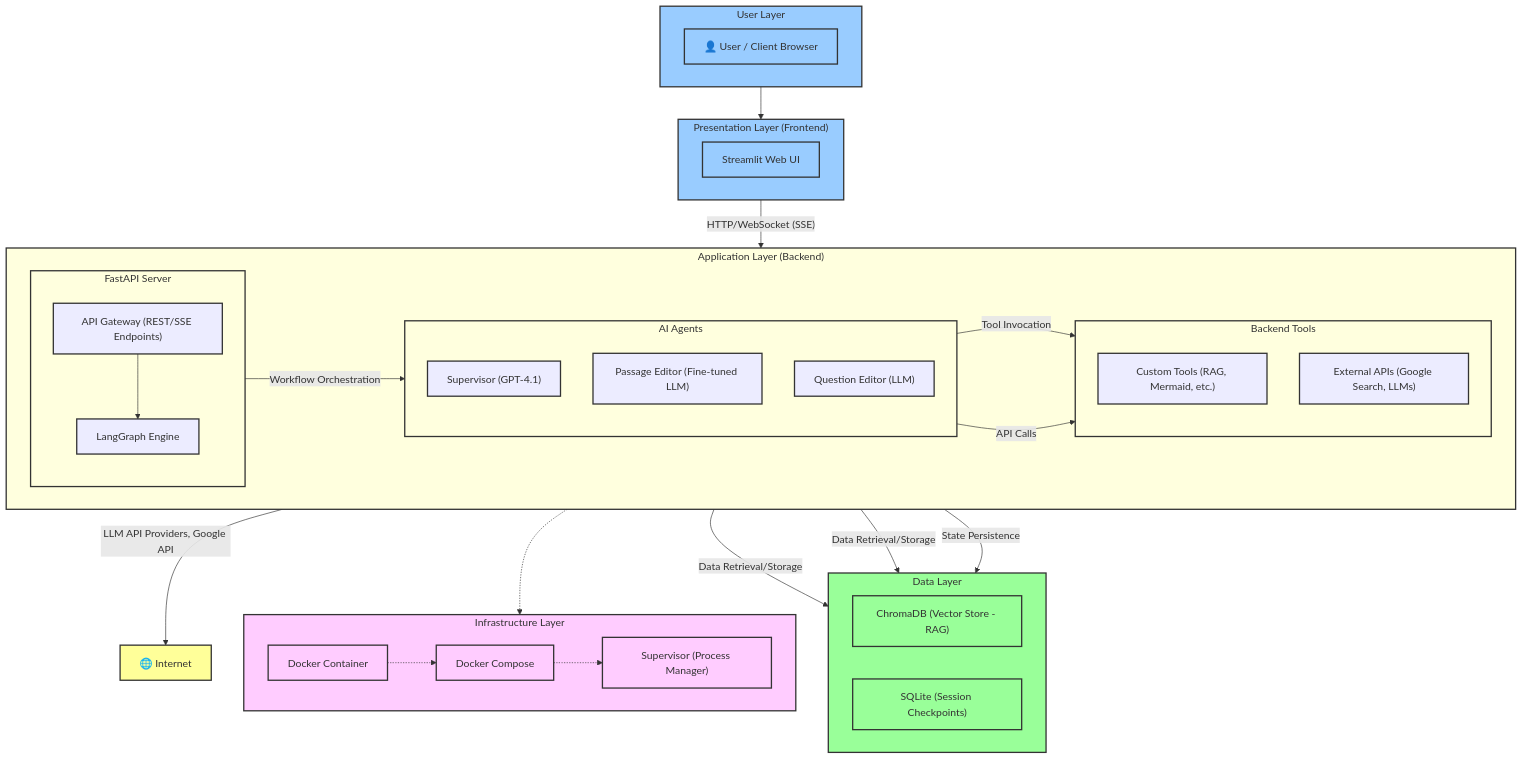
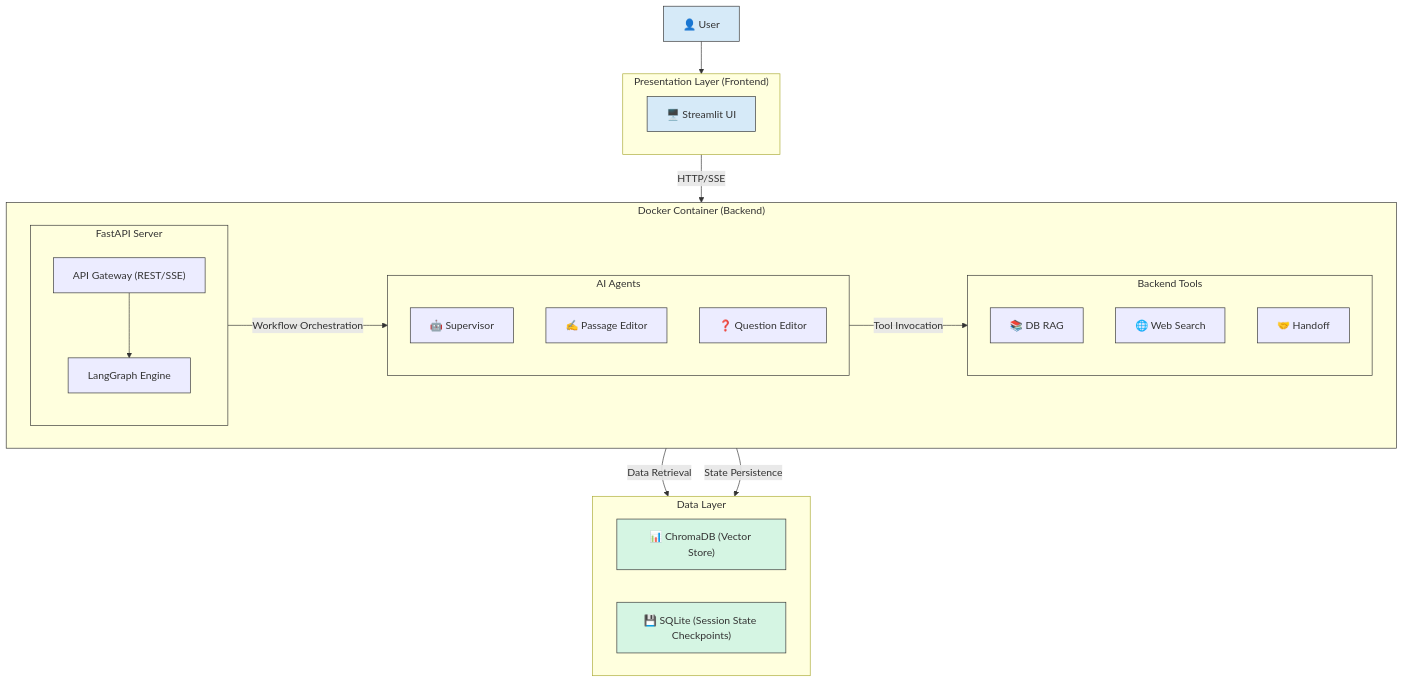
One commit to wnsgml9807/KSAT_Agent_for_academy changed the first of 6 diagrams in README.md. Above: the diagram before and after it, drawn with Mermaid. The commit also changed other lines of this file and 12 other files, not shown here.

````diff
--- a/README.md
+++ b/README.md
@@ -204,88 +313,59 @@
 ```mermaid
 graph TD
-    %% User Layer
-    subgraph USER_LAYER ["User Layer"]
+    USER[👤 User]
+
+    subgraph FRONTEND_LAYER ["Presentation Layer (Frontend)"]
         direction LR
-        USER[👤 User / Client Browser]
+        STREAMLIT_UI["🖥️ Streamlit UI"]
     end
 
-    %% Presentation Layer (Frontend)
-    subgraph FRONTEND_LAYER ["Presentation Layer (Frontend)"]
-        direction LR
-        STREAMLIT_UI["Streamlit Web UI"]
-    end
-
-    %% Application Layer (Backend)
-    subgraph BACKEND_LAYER ["Application Layer (Backend)"]
+    subgraph DOCKER_CONTAINER ["Docker Container (Backend)"]
         direction LR
         subgraph FASTAPI_SERVER ["FastAPI Server"]
             direction TB
-            API_GW["API Gateway (REST/SSE Endpoints)"]
+            API_GW["API Gateway (REST/SSE)"]
             LANGGRAPH_ENGINE["LangGraph Engine"]
         end
         
         subgraph AGENTS ["AI Agents"]
             direction TB
-            SUPERVISOR_AGENT["Supervisor (GPT-4.1)"]
-            PASSAGE_AGENT["Passage Editor (Fine-tuned LLM)"]
-            QUESTION_AGENT["Question Editor (LLM)"]
+            SUPERVISOR["🤖 Supervisor"]
+            PASSAGE_EDITOR["✍️ Passage Editor"]
+            QUESTION_EDITOR["❓ Question Editor"]
         end
 
         subgraph BACKEND_TOOLS ["Backend Tools"]
             direction TB
-            CUSTOM_TOOLS["Custom Tools (RAG, Mermaid, etc.)"]
-            EXTERNAL_APIS["External APIs (Google Search, LLMs)"]
+            DB_RAG["📚 DB RAG"]
+            WEB_SEARCH["🌐 Web Search"]
+            HANDOFF["🤝 Handoff"]
         end
     end
 
-    %% Data Layer
     subgraph DATA_LAYER ["Data Layer"]
         direction LR
-        CHROMA_DB["ChromaDB (Vector Store - RAG)"]
-        SQLITE_DB["SQLite (Session Checkpoints)"]
-    end
-
-    %% Infrastructure Layer
-    subgraph INFRA_LAYER ["Infrastructure Layer"]
-        direction LR
-        DOCKER["Docker Container"]
-        COMPOSE["Docker Compose"]
-        SUPERVISOR_INFRA["Supervisor (Process Manager)"]
+        CHROMA_DB["📊 ChromaDB (Vector Store)"]
+        SQLITE_DB["💾 SQLite (Session State Checkpoints)"]
     end
 
     %% Connections
     USER --> STREAMLIT_UI
-    STREAMLIT_UI -- "HTTP/WebSocket (SSE)" --> API_GW
+    STREAMLIT_UI -- "HTTP/SSE" --> API_GW
     
     API_GW --> LANGGRAPH_ENGINE
     
-    LANGGRAPH_ENGINE -- "Workflow Orchestration" --> AGENTS
-    AGENTS -- "Tool Invocation" --> CUSTOM_TOOLS
-    AGENTS -- "API Calls" --> EXTERNAL_APIS
+    LANGGRAPH_ENGINE -- "Workflow Orchestration" --> SUPERVISOR
+    SUPERVISOR -- "Tool Invocation" --> BACKEND_TOOLS
     
-    CUSTOM_TOOLS -- "Data Retrieval/Storage" --> CHROMA_DB
-    CUSTOM_TOOLS -- "Data Retrieval/Storage" --> SQLITE_DB
+    DB_RAG -- "Data Retrieval" --> CHROMA_DB
     LANGGRAPH_ENGINE -- "State Persistence" --> SQLITE_DB
     
-    EXTERNAL_APIS -- "LLM API Providers, Google API" --> INTERNET[🌐 Internet]
+    %% Styling
+    classDef frontend fill:#D6EAF8,stroke:#333;
+    classDef backend fill:##D5F5E3,stroke:#333;
+    classDef data fill:#D5F5E3,stroke:#333;
 
-    %% Deployment
-    FASTAPI_SERVER -.-> DOCKER
-    DOCKER -.-> COMPOSE
-    COMPOSE -.-> SUPERVISOR_INFRA
-
-    %% Styling (Optional - for better readability if supported)
-    classDef user fill:#f9f,stroke:#333,stroke-width:2px;
-    classDef frontend fill:#9cf,stroke:#333,stroke-width:2px;
-    classDef backend fill:#lightgrey,stroke:#333,stroke-width:2px;
-    classDef data fill:#9f9,stroke:#333,stroke-width:2px;
-    classDef infra fill:#fcf,stroke:#333,stroke-width:2px;
-    classDef external fill:#ff9,stroke:#333,stroke-width:2px;
-
-    class USER_LAYER,USER frontend;
-    class FRONTEND_LAYER,STREAMLIT_UI frontend;
-    class BACKEND_LAYER,FASTAPI_SERVER,API_GW,LANGGRAPH_ENGINE,AGENTS,SUPERVISOR_AGENT,PASSAGE_AGENT,QUESTION_AGENT,BACKEND_TOOLS,CUSTOM_TOOLS,EXTERNAL_APIS backend;
-    class DATA_LAYER,CHROMA_DB,SQLITE_DB data;
-    class INFRA_LAYER,DOCKER,COMPOSE,SUPERVISOR_INFRA infra;
-    class INTERNET external;
+    class USER,STREAMLIT_UI frontend;
+    class DOCKER_CONTAINER,FASTAPI_SERVER,API_GW,LANGGRAPH_ENGINE,AGENTS,SUPERVISOR,PASSAGE_EDITOR,QUESTION_EDITOR,BACKEND_TOOLS,DB_RAG,WEB_SEARCH,HANDOFF backend;
+    class CHROMA_DB,SQLITE_DB data;
 ```
````
